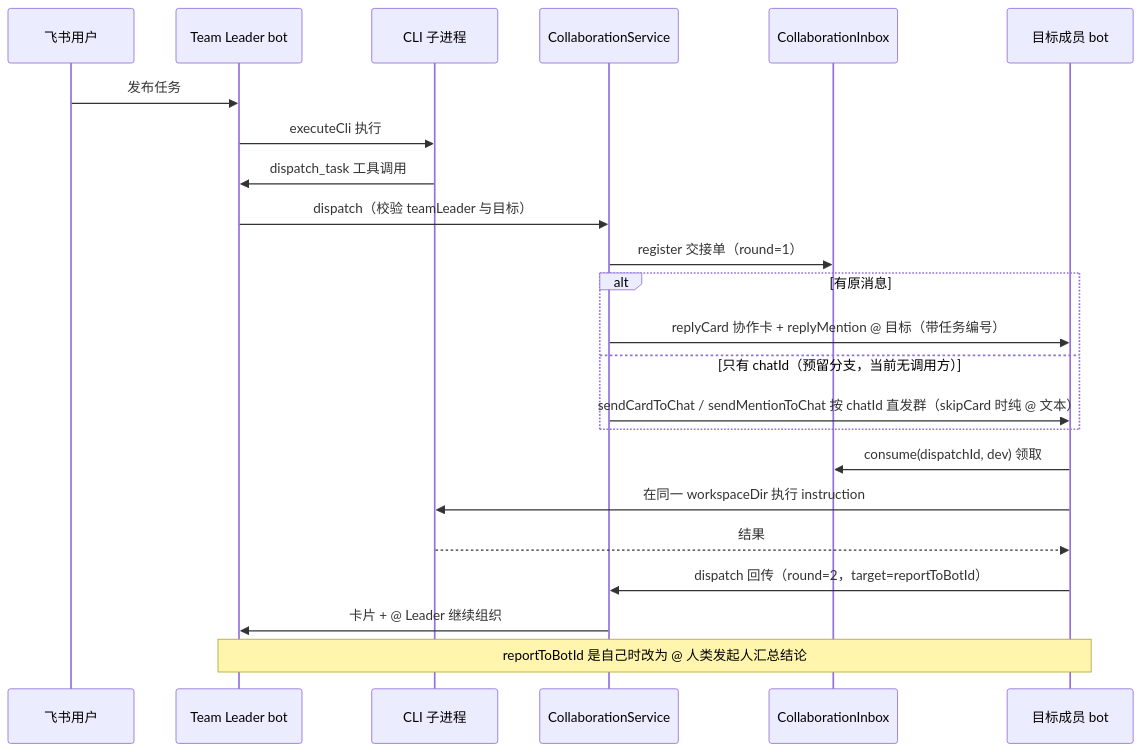
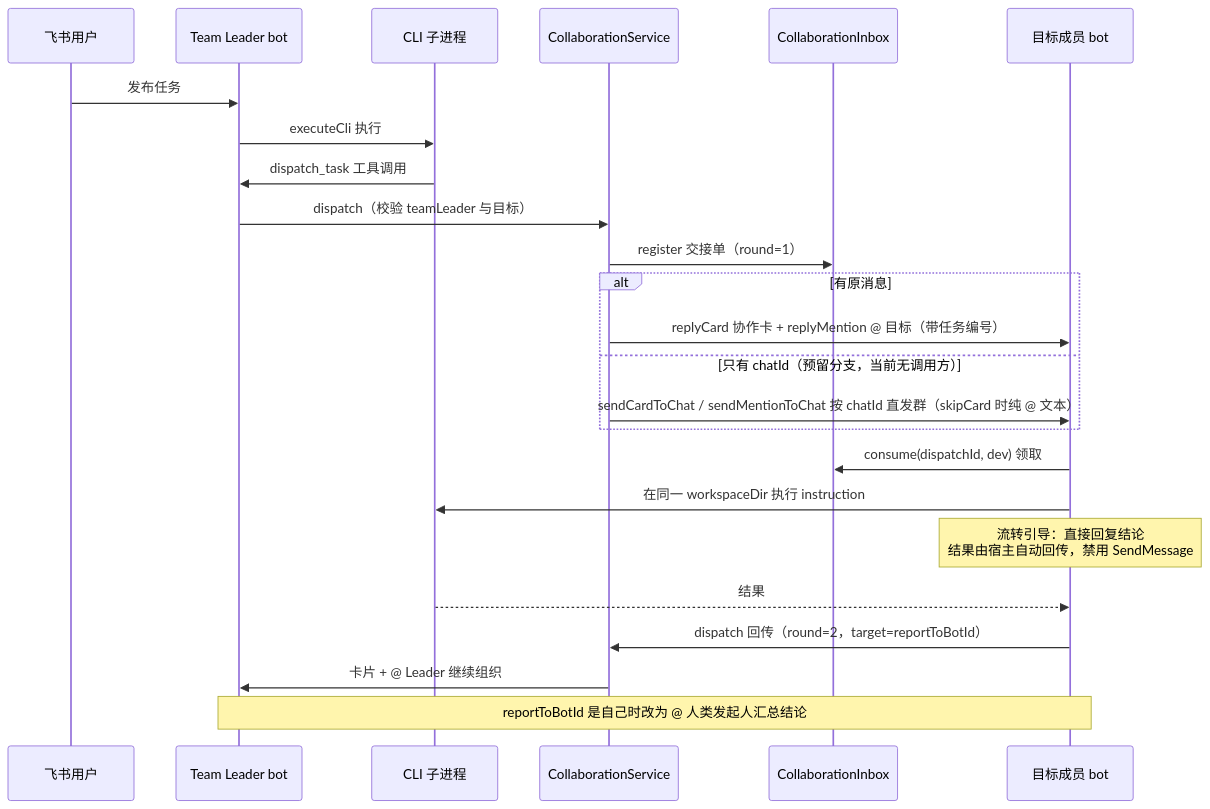
The first of 2 diagrams in openwiki/domain/collaboration.md (CerrorJ/Agent-Team), drawn with Mermaid before and after one commit. The commit also changed other lines of this file and 6 other files, not shown here.

````diff
--- a/openwiki/domain/collaboration.md
+++ b/openwiki/domain/collaboration.md
@@ -59,26 +66,27 @@
 ```mermaid
 sequenceDiagram
     participant User as 飞书用户
     participant Lead as Team Leader bot
     participant CLI as CLI 子进程
     participant Svc as CollaborationService
     participant Inbox as CollaborationInbox
     participant Dev as 目标成员 bot
 
     User->>Lead: 发布任务
     Lead->>CLI: executeCli 执行
     CLI->>Lead: dispatch_task 工具调用
     Lead->>Svc: dispatch（校验 teamLeader 与目标）
     Svc->>Inbox: register 交接单（round=1）
     alt 有原消息
         Svc->>Dev: replyCard 协作卡 + replyMention @ 目标（带任务编号）
     else 只有 chatId（预留分支，当前无调用方）
         Svc->>Dev: sendCardToChat / sendMentionToChat 按 chatId 直发群（skipCard 时纯 @ 文本）
     end
     Dev->>Inbox: consume(dispatchId, dev) 领取
     Dev->>CLI: 在同一 workspaceDir 执行 instruction
+    Note over Dev: 流转引导：直接回复结论<br/>结果由宿主自动回传，禁用 SendMessage
     CLI-->>Dev: 结果
     Dev->>Svc: dispatch 回传（round=2，target=reportToBotId）
     Svc->>Lead: 卡片 + @ Leader 继续组织
     Note over Lead,Dev: reportToBotId 是自己时改为 @ 人类发起人汇总结论
 ```
````
